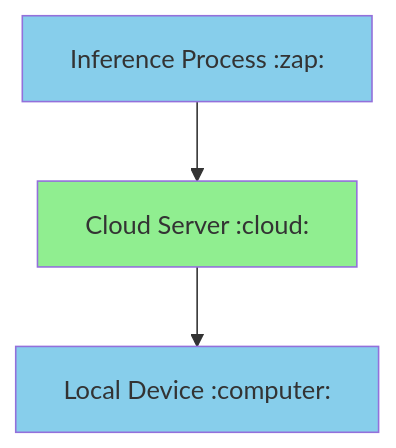
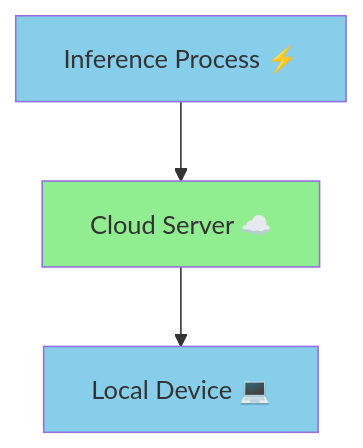
The third of 4 diagrams in README.md (gatepoet/LLM-Guide), drawn with Mermaid before and after one commit. The commit also changed other lines of this file, not shown here.

````diff
--- a/README.md
+++ b/README.md
@@ -62,7 +62,7 @@
 ```mermaid
   graph
-  A[Inference Process :zap:]:::blue --> B[Cloud Server :cloud:]:::green
-  B --> C[Local Device :computer:]:::blue
+  A["Inference Process ⚡"]:::blue --> B["Cloud Server ☁️"]:::green
+  B --> C["Local Device 💻"]:::blue
 classDef blue fill:skyblue
 classDef green fill:lightgreen
 ```
````
